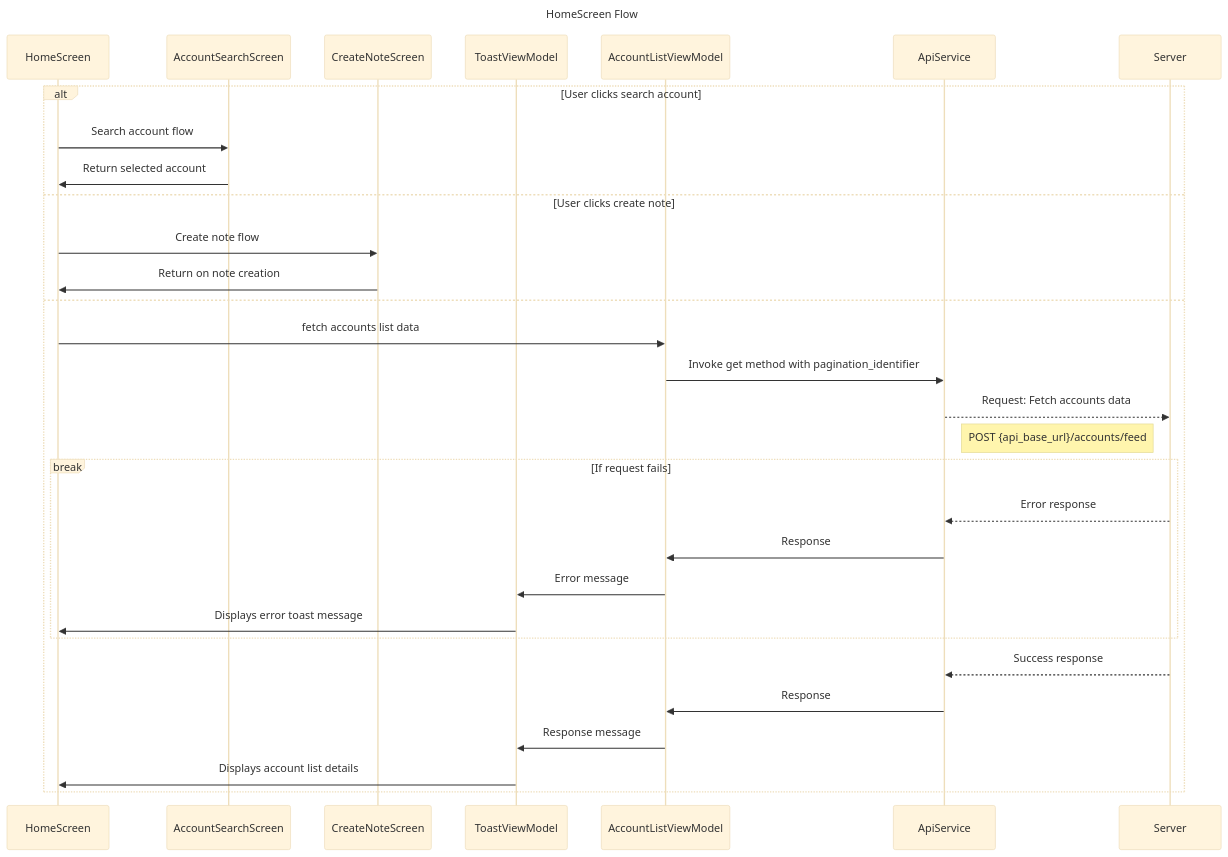
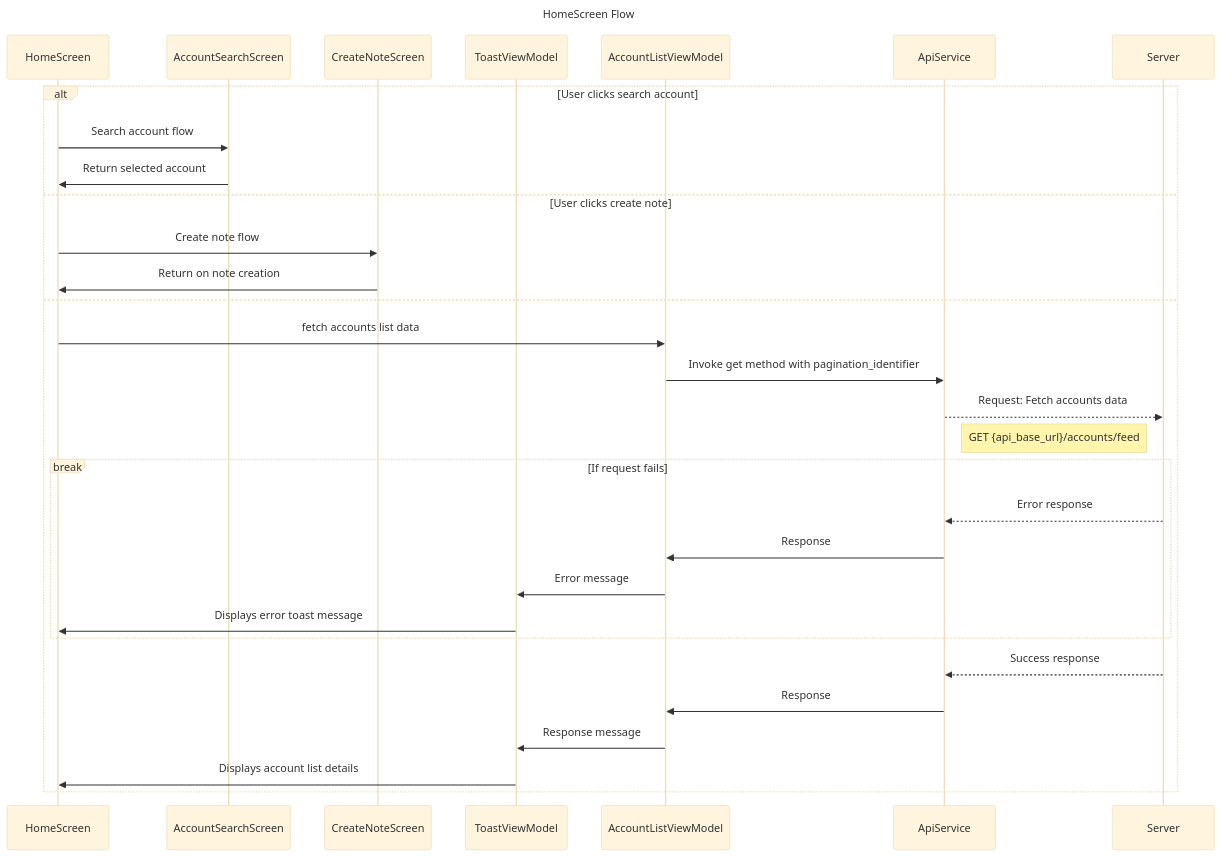
Before and after one commit to TrueSparrowSystems/AI-SalesSparrow-Docs: the diagram in flowDiagrams/IOS/HomeScreen.mermaid, drawn with Mermaid (base theme). The commit also changed 1 other file, not shown here.

Commit message:
added delete task flow for iOS

```diff
--- a/flowDiagrams/IOS/HomeScreen.mermaid
+++ b/flowDiagrams/IOS/HomeScreen.mermaid
@@ -1,38 +1,38 @@
 sequenceDiagram
     title HomeScreen Flow
 
     participant HS as HomeScreen
     participant ASS as AccountSearchScreen
     participant CNS as CreateNoteScreen
     participant TVM as ToastViewModel
     participant ALVM as AccountListViewModel
     participant AS as ApiService
     participant S as Server
 
     alt  User clicks search account
         HS->>ASS: Search account flow
         ASS->>HS: Return selected account
 
     else  User clicks create note
         HS->>CNS: Create note flow
         CNS->>HS: Return on note creation
 
     else
 
     HS->>ALVM : fetch accounts list data
     ALVM->>AS: Invoke get method with pagination_identifier
     AS-->>S : Request: Fetch accounts data
-    note right of AS: POST {api_base_url}/accounts/feed
+    note right of AS: GET {api_base_url}/accounts/feed
 
     break If request fails
         S-->>AS: Error response
         AS->>ALVM: Response
         ALVM->>TVM: Error message
         TVM->>HS: Displays error toast message
     end
     
     S-->>AS: Success response
     AS->>ALVM: Response
     ALVM->>TVM: Response message
     TVM->>HS: Displays account list details
     end
```
